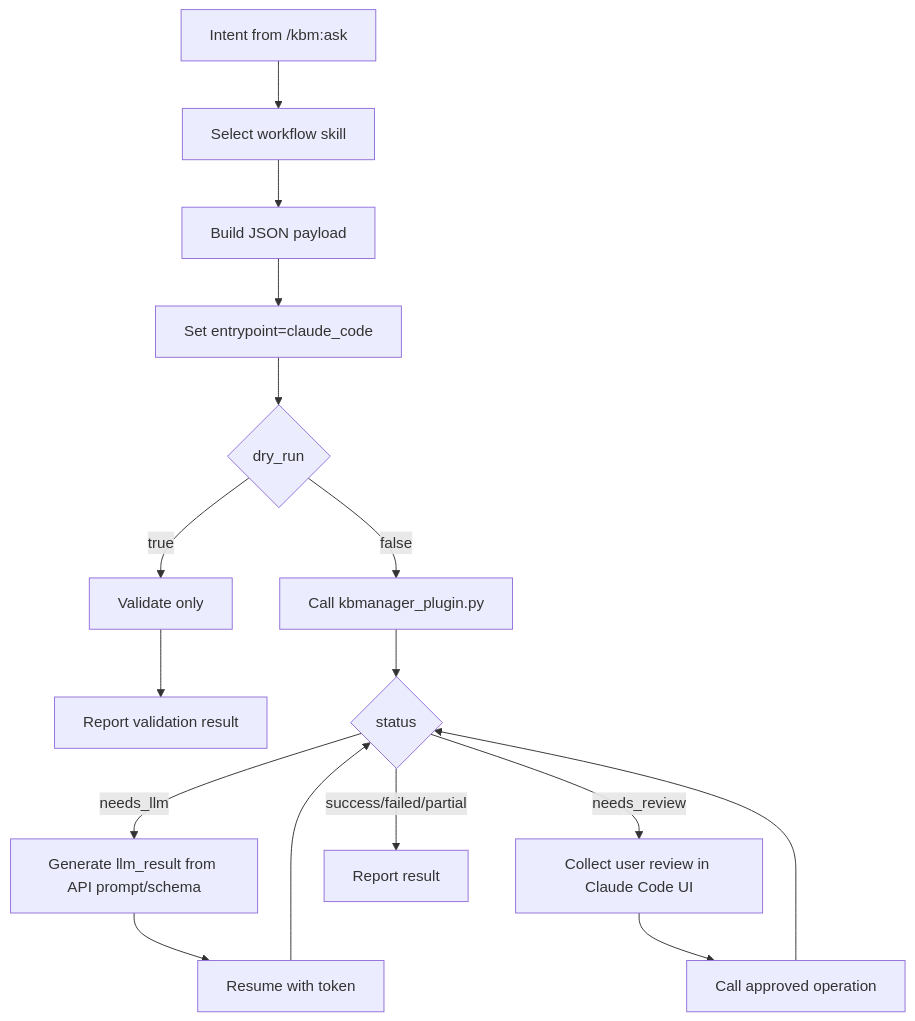
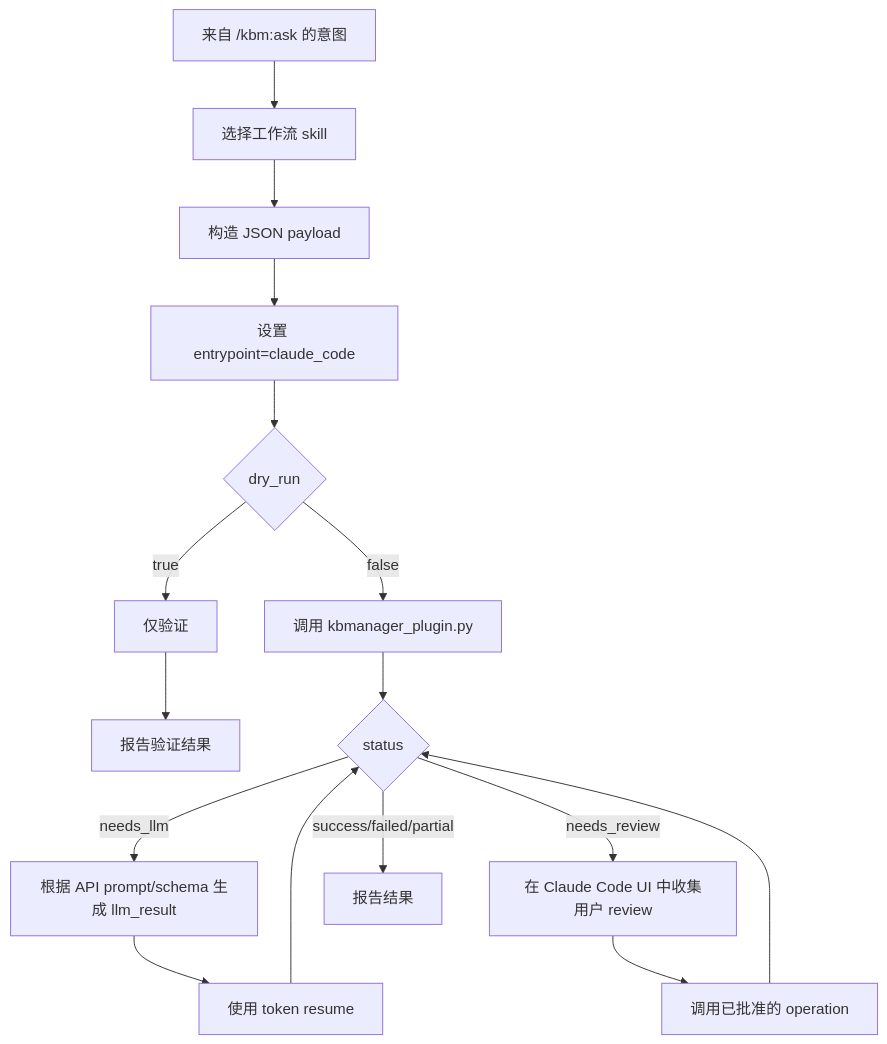
One commit to srangerme/KBManager changed the diagram in skills/kbm-api-ui/references/api-ui-flowcharts.md. Above: the diagram before and after it, drawn with Mermaid. The commit also changed other lines of this file and 25 other files, not shown here.

````diff
--- a/skills/kbm-api-ui/references/api-ui-flowcharts.md
+++ b/skills/kbm-api-ui/references/api-ui-flowcharts.md
@@ -5,18 +5,18 @@
 ```mermaid
 flowchart TD
-  A["Intent from /kbm:ask"] --> B["Select workflow skill"]
-  B --> C["Build JSON payload"]
-  C --> D["Set entrypoint=claude_code"]
+  A["来自 /kbm:ask 的意图"] --> B["选择工作流 skill"]
+  B --> C["构造 JSON payload"]
+  C --> D["设置 entrypoint=claude_code"]
   D --> E{"dry_run"}
-  E -- true --> F["Validate only"]
-  E -- false --> G["Call kbmanager_plugin.py"]
-  F --> H["Report validation result"]
+  E -- true --> F["仅验证"]
+  E -- false --> G["调用 kbmanager_plugin.py"]
+  F --> H["报告验证结果"]
   G --> I{"status"}
-  I -- needs_llm --> J["Generate llm_result from API prompt/schema"]
-  J --> K["Resume with token"]
+  I -- needs_llm --> J["根据 API prompt/schema 生成 llm_result"]
+  J --> K["使用 token resume"]
   K --> I
-  I -- needs_review --> L["Collect user review in Claude Code UI"]
-  L --> M["Call approved operation"]
+  I -- needs_review --> L["在 Claude Code UI 中收集用户 review"]
+  L --> M["调用已批准的 operation"]
   M --> I
-  I -- success/failed/partial --> N["Report result"]
+  I -- success/failed/partial --> N["报告结果"]
 ```
````
